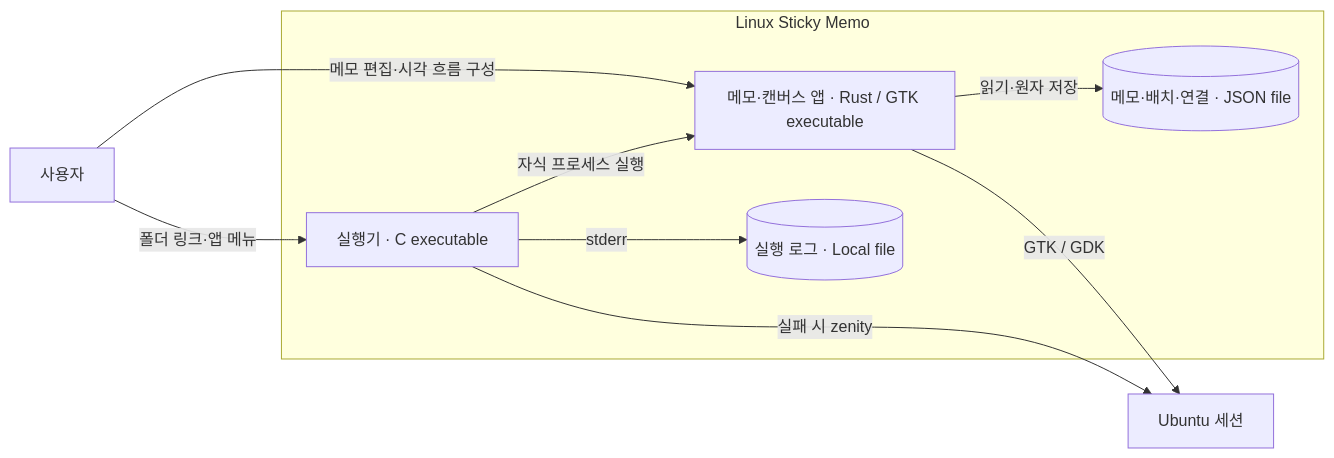
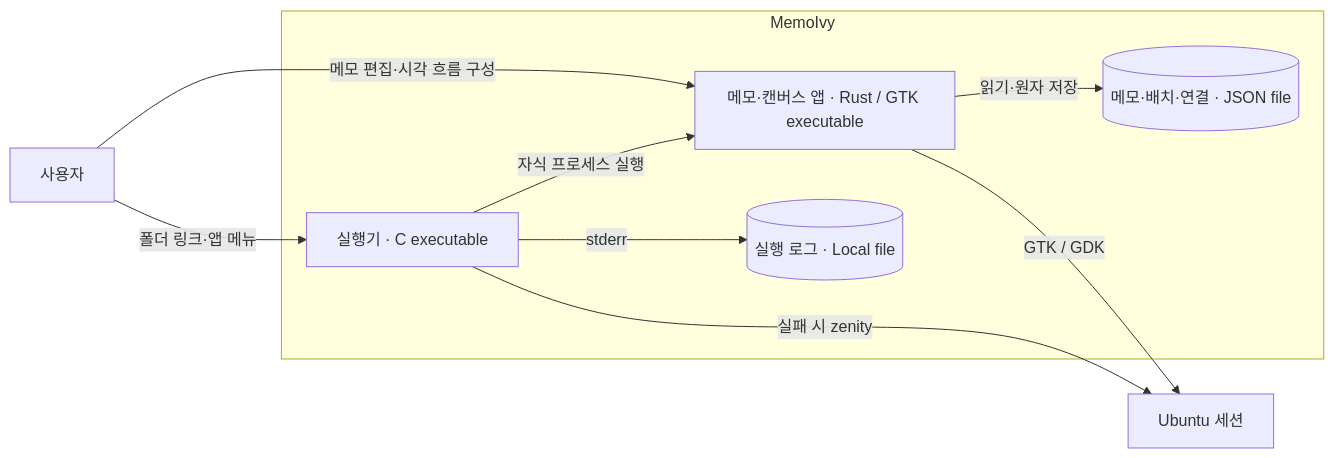
The diagram in docs/architecture/overview/02-containers.md (pollux-o4/MemoIvy), drawn with Mermaid before and after one commit. The commit also changed 115 other files, not shown here.

First line of the commit message:
release: MemoIvy 0.1.1

````diff
--- a/docs/architecture/overview/02-containers.md
+++ b/docs/architecture/overview/02-containers.md
@@ -3,18 +3,18 @@
 ```mermaid
 flowchart LR
     user["사용자"]
     desktop["Ubuntu 세션"]
-    subgraph system["Linux Sticky Memo"]
+    subgraph system["MemoIvy"]
         launcher["실행기 · C executable"]
         app["메모·캔버스 앱 · Rust / GTK executable"]
         notes[("메모·배치·연결 · JSON file")]
         log[("실행 로그 · Local file")]
     end
     user -->|폴더 링크·앱 메뉴| launcher
     launcher -->|자식 프로세스 실행| app
     launcher -->|stderr| log
     launcher -->|실패 시 zenity| desktop
     user -->|메모 편집·시각 흐름 구성| app
     app -->|GTK / GDK| desktop
     app -->|읽기·원자 저장| notes
 ```
````
